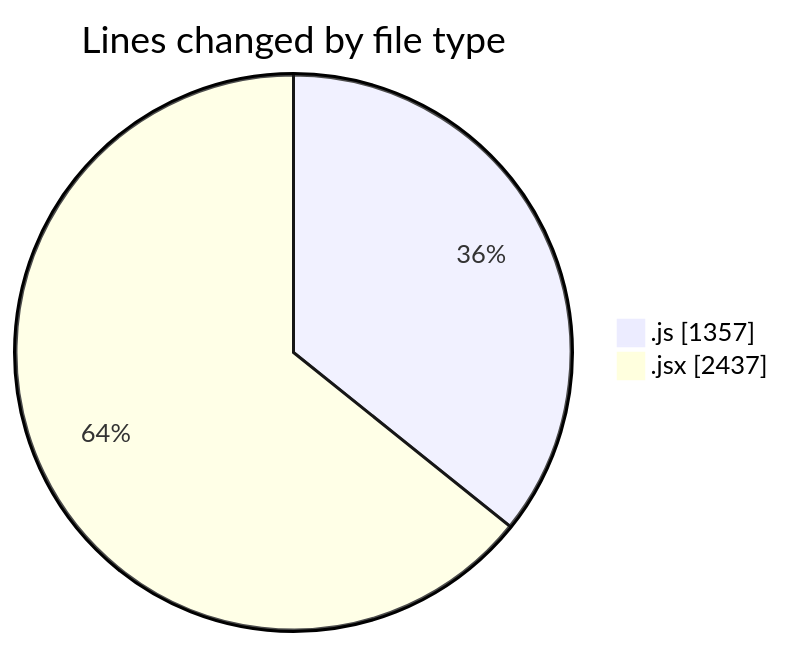
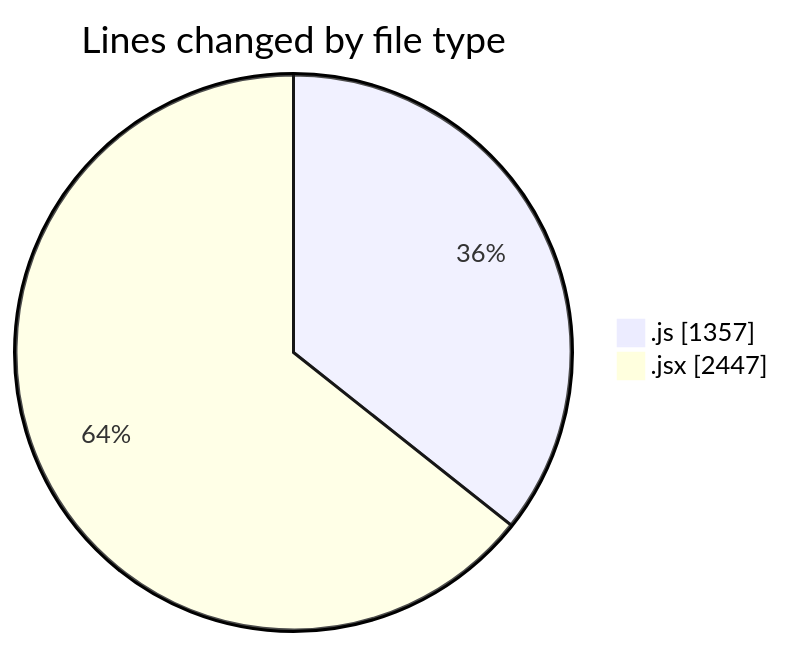
The first of 2 diagrams in 2025-08-05/nxtqube_webapp/README.md (nxtqubesakshisongat/code-tracking), drawn with Mermaid before and after one commit. The commit also changed other lines of this file and 1 other file, not shown here.

````diff
--- a/2025-08-05/nxtqube_webapp/README.md
+++ b/2025-08-05/nxtqube_webapp/README.md
@@ -27,6 +27,6 @@
 ```mermaid
 pie showData
 title Lines changed by file type
 ".js" : 1357
-".jsx" : 2437
+".jsx" : 2447
 ```
````
